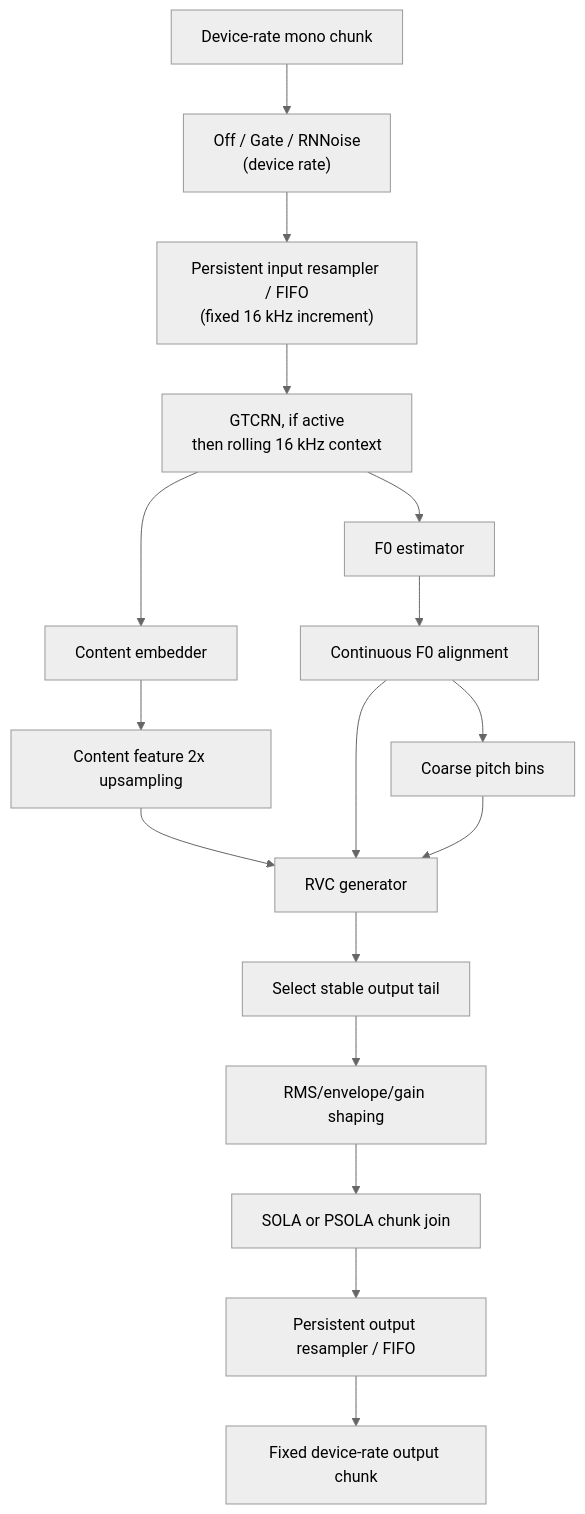
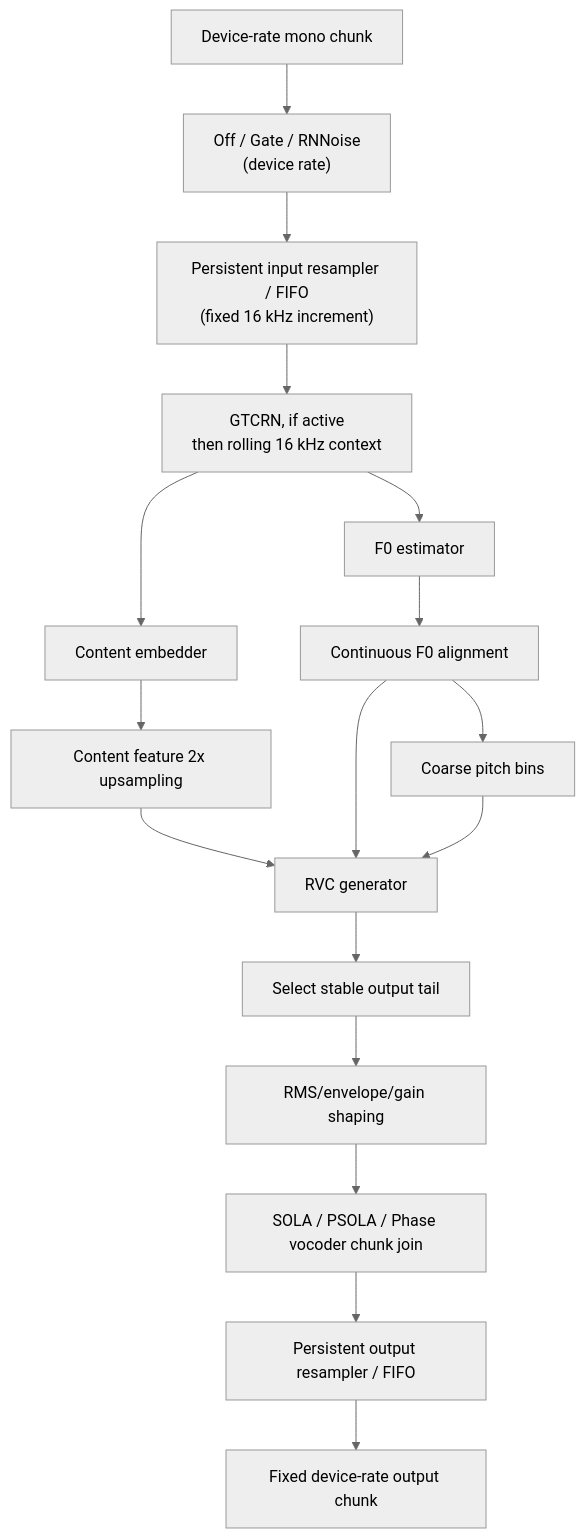
One commit to shirohata/vc-rs changed the second of 2 diagrams in docs/architecture.md. Above: the diagram before and after it, drawn with Mermaid (neutral theme). The commit also changed other lines of this file and 28 other files, not shown here.

Commit message:
feat: add optimized phase vocoder joining across frontends

````diff
--- a/docs/architecture.md
+++ b/docs/architecture.md
@@ -282,19 +282,19 @@
 ```mermaid
 flowchart TD
     input["Device-rate mono chunk"] --> denoise["Off / Gate / RNNoise<br/>(device rate)"]
     denoise --> resample["Persistent input resampler / FIFO<br/>(fixed 16 kHz increment)"]
     resample --> state["GTCRN, if active<br/>then rolling 16 kHz context"]
     state --> embed["Content embedder"]
     state --> f0["F0 estimator"]
     embed --> feats["Content feature 2x upsampling"]
     f0 --> pitchf["Continuous F0 alignment"]
     pitchf --> coarse["Coarse pitch bins"]
     feats --> rvc["RVC generator"]
     pitchf --> rvc
     coarse --> rvc
     rvc --> tail["Select stable output tail"]
     tail --> level["RMS/envelope/gain shaping"]
-    level --> join["SOLA or PSOLA chunk join"]
+    level --> join["SOLA / PSOLA / Phase vocoder chunk join"]
     join --> output_resample["Persistent output resampler / FIFO"]
     output_resample --> device["Fixed device-rate output chunk"]
 ```
````
